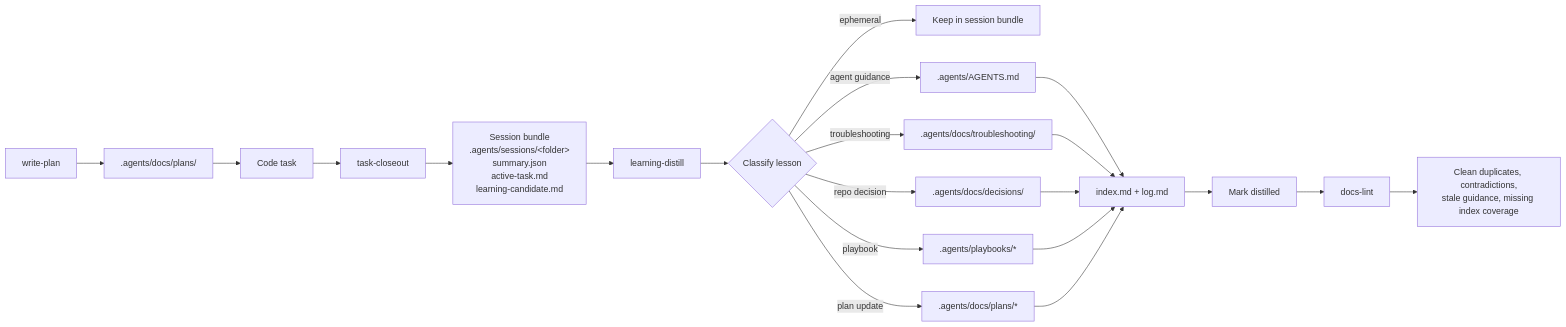
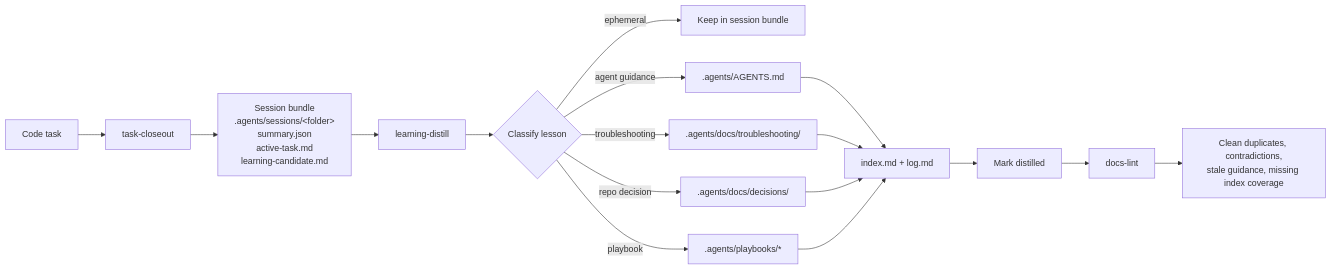
The diagram in README.md (Hypercubed/Agent-Knowledge-Starter-Kit), drawn with Mermaid before and after one commit. The commit also changed other lines of this file and 45 other files, not shown here.

````diff
--- a/README.md
+++ b/README.md
@@ -84,27 +83,24 @@
 ```mermaid
 flowchart LR
-    A0[write-plan] --> A1[.agents/docs/plans/]
-    A1 --> A[Code task]
+    A[Code task]
     A --> B[task-closeout]
     B --> C[Session bundle<br/>.agents/sessions/&lt;folder&gt;<br/>summary.json<br/>active-task.md<br/>learning-candidate.md]
 
     C --> D[learning-distill]
     D --> E{Classify lesson}
 
     E -->|ephemeral| F[Keep in session bundle]
     E -->|agent guidance| G[.agents/AGENTS.md]
     E -->|troubleshooting| H[.agents/docs/troubleshooting/]
     E -->|repo decision| I[.agents/docs/decisions/]
     E -->|playbook| J[.agents/playbooks/*]
-    E -->|plan update| J2[.agents/docs/plans/*]
 
     G --> K[index.md + log.md]
     H --> K
     I --> K
     J --> K
-    J2 --> K
 
     K --> L[Mark distilled]
     L --> M[docs-lint]
     M --> N[Clean duplicates, contradictions,<br/>stale guidance, missing index coverage]
 ```
````
